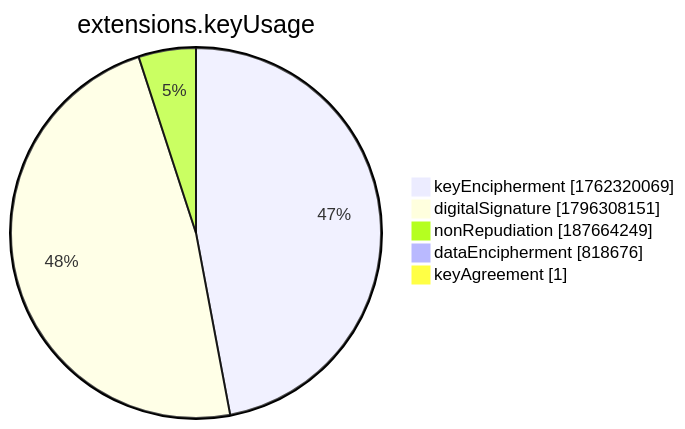
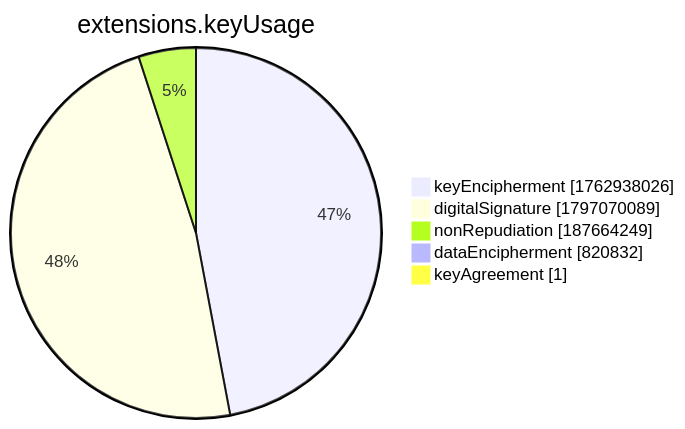
The seventh of 15 diagrams in xenon2022/README.md (christiankrug/ctmonitor_visualization), drawn with Mermaid before and after one commit. The commit also changed other lines of this file, not shown here.

````diff
--- a/xenon2022/README.md
+++ b/xenon2022/README.md
@@ -2859,9 +2859,9 @@
 ```mermaid
 pie showData
 title extensions.keyUsage
-"keyEncipherment" :1762320069
-"digitalSignature" :1796308151
+"keyEncipherment" :1762938026
+"digitalSignature" :1797070089
 "nonRepudiation" :187664249
-"dataEncipherment" :818676
+"dataEncipherment" :820832
 "keyAgreement" :1
 ```
````
